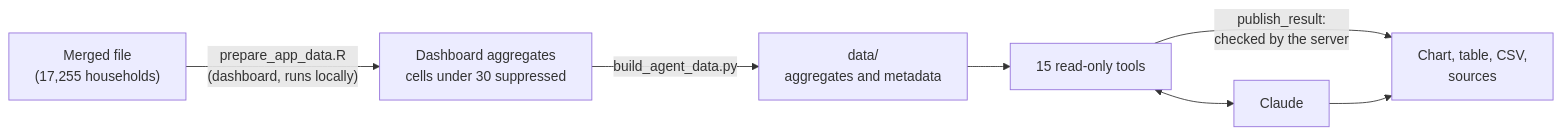
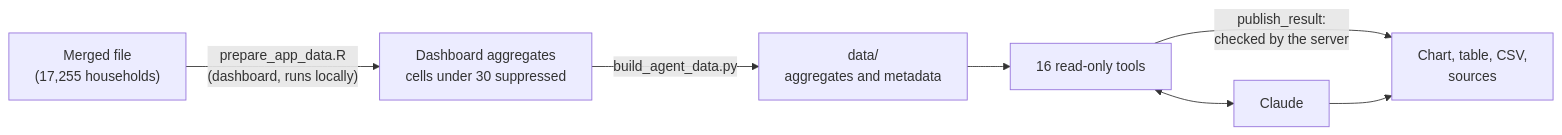
Before and after one commit to Abson-dev/wfp-chad-data-assistant: the diagram in README.md, drawn with Mermaid. The commit also changed other lines of this file and 11 other files, not shown here.

````diff
--- a/README.md
+++ b/README.md
@@ -44,9 +46,9 @@
 ```mermaid
 flowchart LR
   A["Merged file<br/>(17,255 households)"] -->|"prepare_app_data.R<br/>(dashboard, runs locally)"| B["Dashboard aggregates<br/>cells under 30 suppressed"]
   B -->|"build_agent_data.py"| C["data/<br/>aggregates and metadata"]
-  C --> D["15 read-only tools"]
+  C --> D["16 read-only tools"]
   D <--> E["Claude"]
   D -->|"publish_result:<br/>checked by the server"| F["Chart, table, CSV,<br/>sources"]
   E --> F
 ```
````
